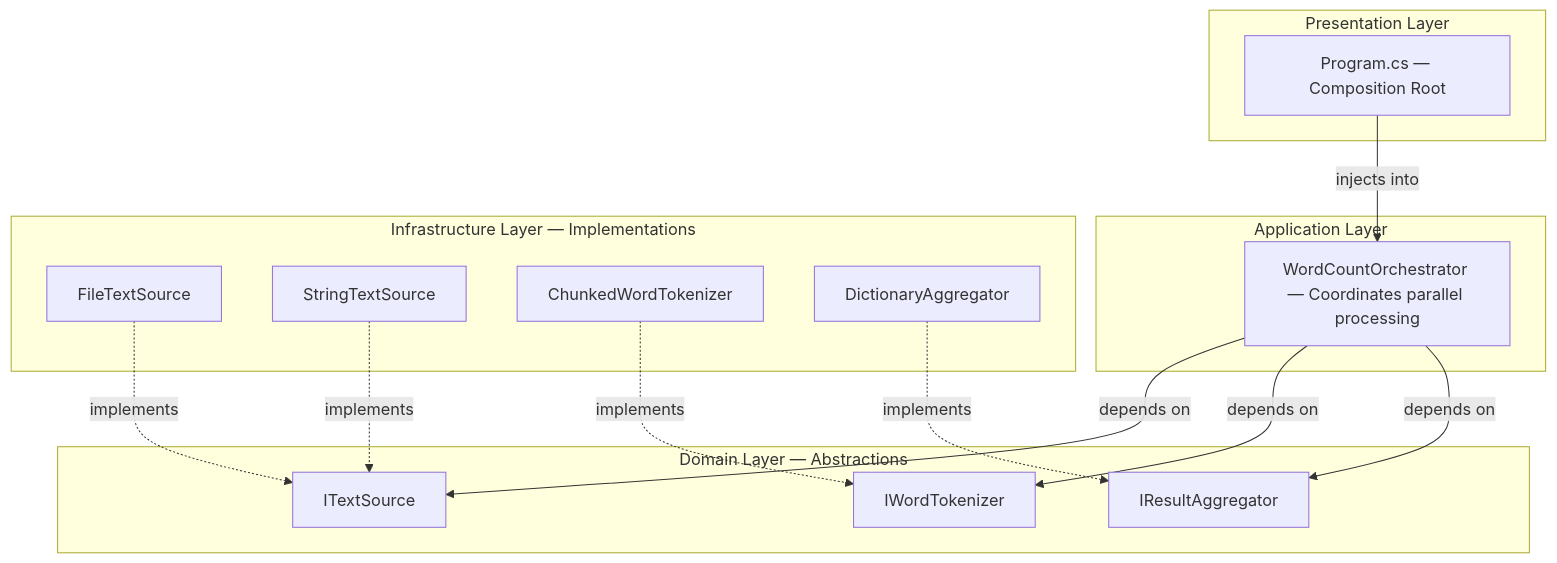
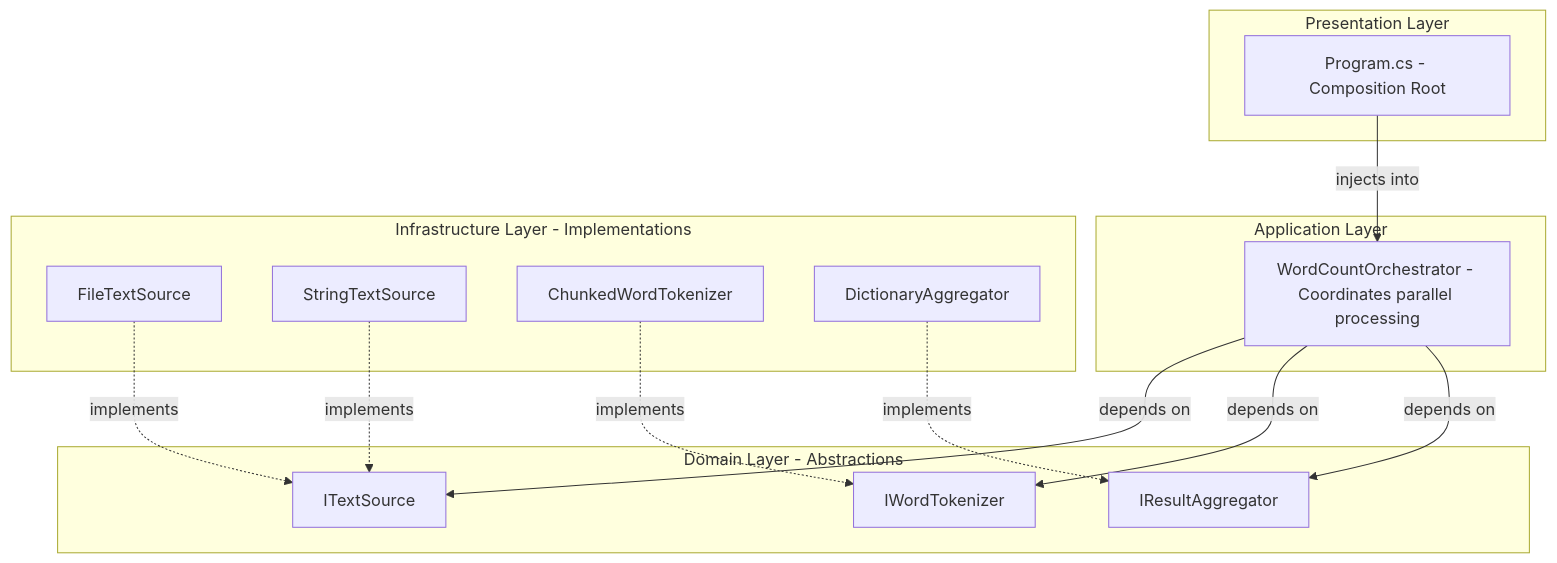
One commit to DianaGKaan/WordFrequencyCounter changed the first of 5 diagrams in README.md. Above: the diagram before and after it, drawn with Mermaid. The commit also changed other lines of this file and 5 other files, not shown here.

````diff
--- a/README.md
+++ b/README.md
@@ -51,33 +51,33 @@
 ```mermaid
 graph TB
     subgraph Presentation["Presentation Layer"]
-        Program["Program.cs — Composition Root"]
+        Program["Program.cs - Composition Root"]
     end
 
     subgraph Application["Application Layer"]
-        Orchestrator["WordCountOrchestrator — Coordinates parallel processing"]
+        Orchestrator["WordCountOrchestrator - Coordinates parallel processing"]
     end
 
-    subgraph Domain["Domain Layer — Abstractions"]
+    subgraph Domain["Domain Layer - Abstractions"]
         ITextSource["ITextSource"]
         IWordTokenizer["IWordTokenizer"]
         IResultAggregator["IResultAggregator"]
     end
 
-    subgraph Infrastructure["Infrastructure Layer — Implementations"]
+    subgraph Infrastructure["Infrastructure Layer - Implementations"]
         FileTextSource["FileTextSource"]
         StringTextSource["StringTextSource"]
         ChunkedWordTokenizer["ChunkedWordTokenizer"]
         DictionaryAggregator["DictionaryAggregator"]
     end
 
     Program -->|injects into| Orchestrator
     Orchestrator -->|depends on| ITextSource
     Orchestrator -->|depends on| IWordTokenizer
     Orchestrator -->|depends on| IResultAggregator
 
     FileTextSource -.->|implements| ITextSource
     StringTextSource -.->|implements| ITextSource
     ChunkedWordTokenizer -.->|implements| IWordTokenizer
     DictionaryAggregator -.->|implements| IResultAggregator
 ```
````
